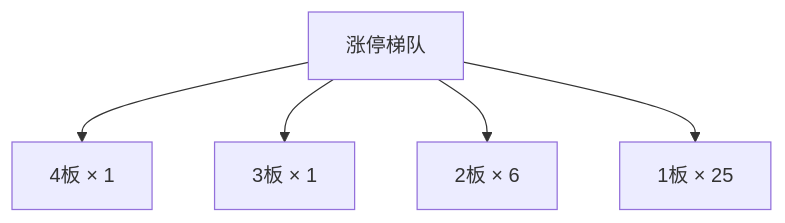
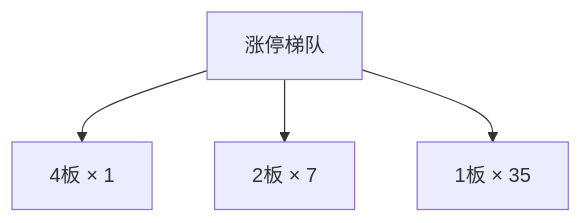
Before and after one commit to chenyang1999/chzl-kg: the second of 3 diagrams in content/投研交易/盘中分析/20261118.md, drawn with Mermaid. The commit also changed other lines of this file, not shown here.

````diff
--- a/content/投研交易/盘中分析/20261118.md
+++ b/content/投研交易/盘中分析/20261118.md
@@ -68,12 +68,10 @@
 ```mermaid
 flowchart TD
     B_0["4板 × 1"]
-    B_1["3板 × 1"]
-    B_2["2板 × 6"]
-    B_3["1板 × 25"]
+    B_1["2板 × 7"]
+    B_2["1板 × 35"]
     ROOT["涨停梯队"]
     ROOT --> B_0
     ROOT --> B_1
     ROOT --> B_2
-    ROOT --> B_3
 ```
````
